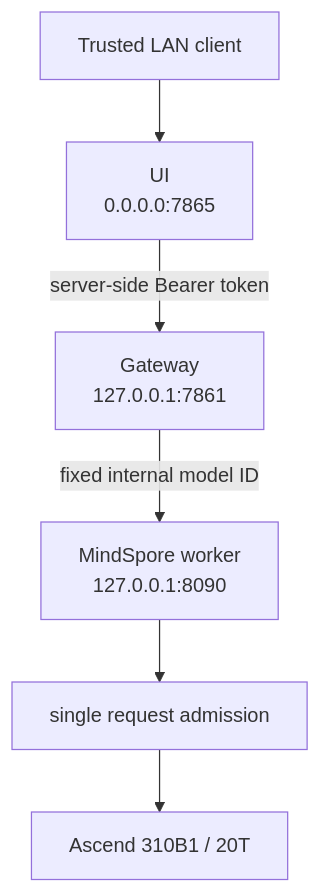
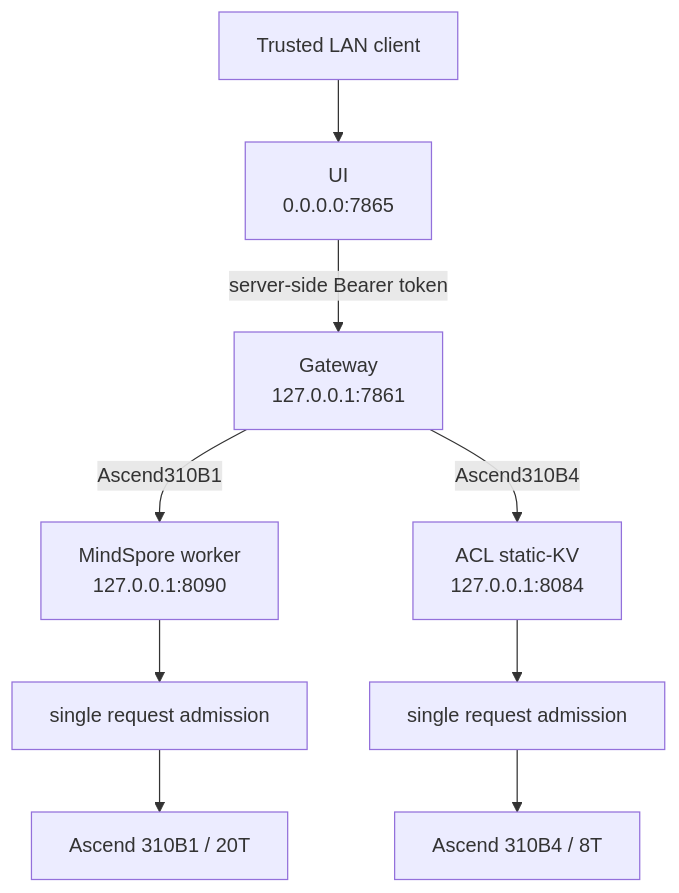
One commit to zhouxzh/Ascend310 changed the diagram in samples/case9/docs/00-release-overview.md. Above: the diagram before and after it, drawn with Mermaid. The commit also changed other lines of this file and 74 other files, not shown here.

Commit message:
feat(case9): add formal Ascend310B4 static-KV release

````diff
--- a/samples/case9/docs/00-release-overview.md
+++ b/samples/case9/docs/00-release-overview.md
@@ -11,11 +11,14 @@
 ```mermaid
 flowchart TB
     accTitle: Ascend Edge Chat process boundaries
-    accDescr: The browser accesses only the UI. The UI owns the gateway token. Gateway and worker stay on loopback, and the worker serializes requests before invoking the NPU.
+    accDescr: The browser accesses only the UI. The UI owns the gateway token. The gateway selects one loopback backend, either the MindSpore worker on 20T or the fixed ACL static-KV service on 8T.
 
     lan["Trusted LAN client"] --> ui["UI\n0.0.0.0:7865"]
     ui -->|"server-side Bearer token"| gateway["Gateway\n127.0.0.1:7861"]
-    gateway -->|"fixed internal model ID"| worker["MindSpore worker\n127.0.0.1:8090"]
-    worker --> serial["single request admission"]
-    serial --> npu["Ascend 310B1 / 20T"]
+    gateway -->|"Ascend310B1"| ms["MindSpore worker\n127.0.0.1:8090"]
+    gateway -->|"Ascend310B4"| acl["ACL static-KV\n127.0.0.1:8084"]
+    ms --> serial1["single request admission"]
+    acl --> serial2["single request admission"]
+    serial1 --> npu1["Ascend 310B1 / 20T"]
+    serial2 --> npu2["Ascend 310B4 / 8T"]
 ```
````
